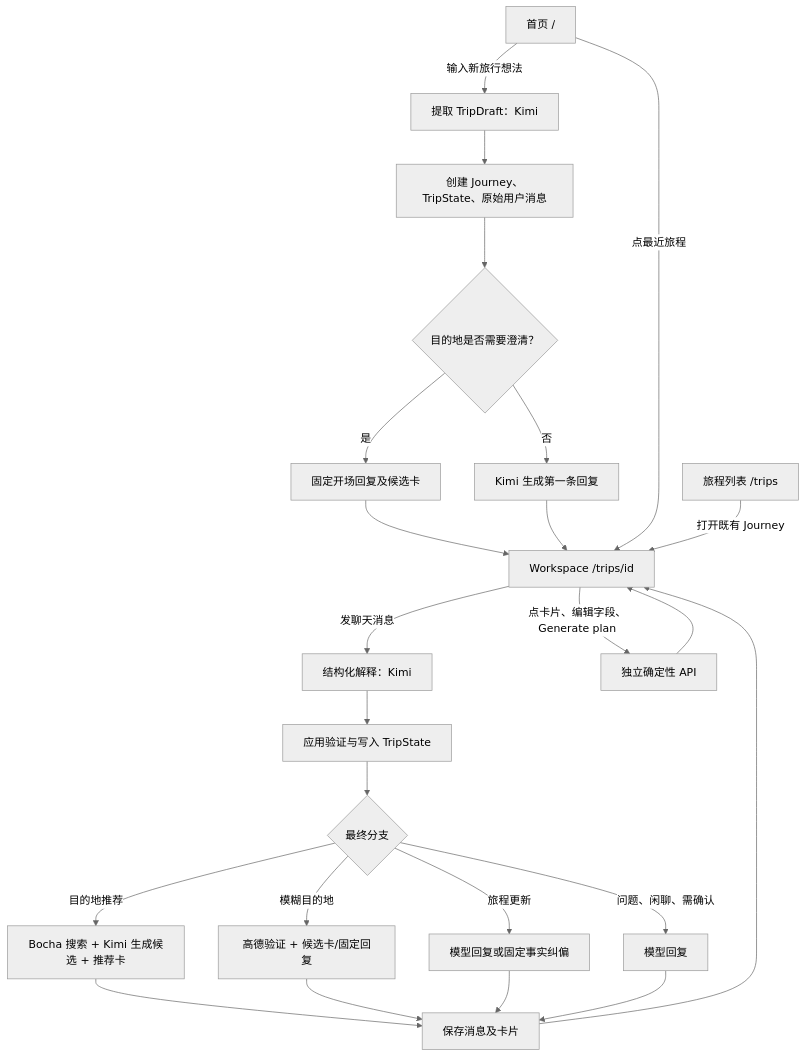
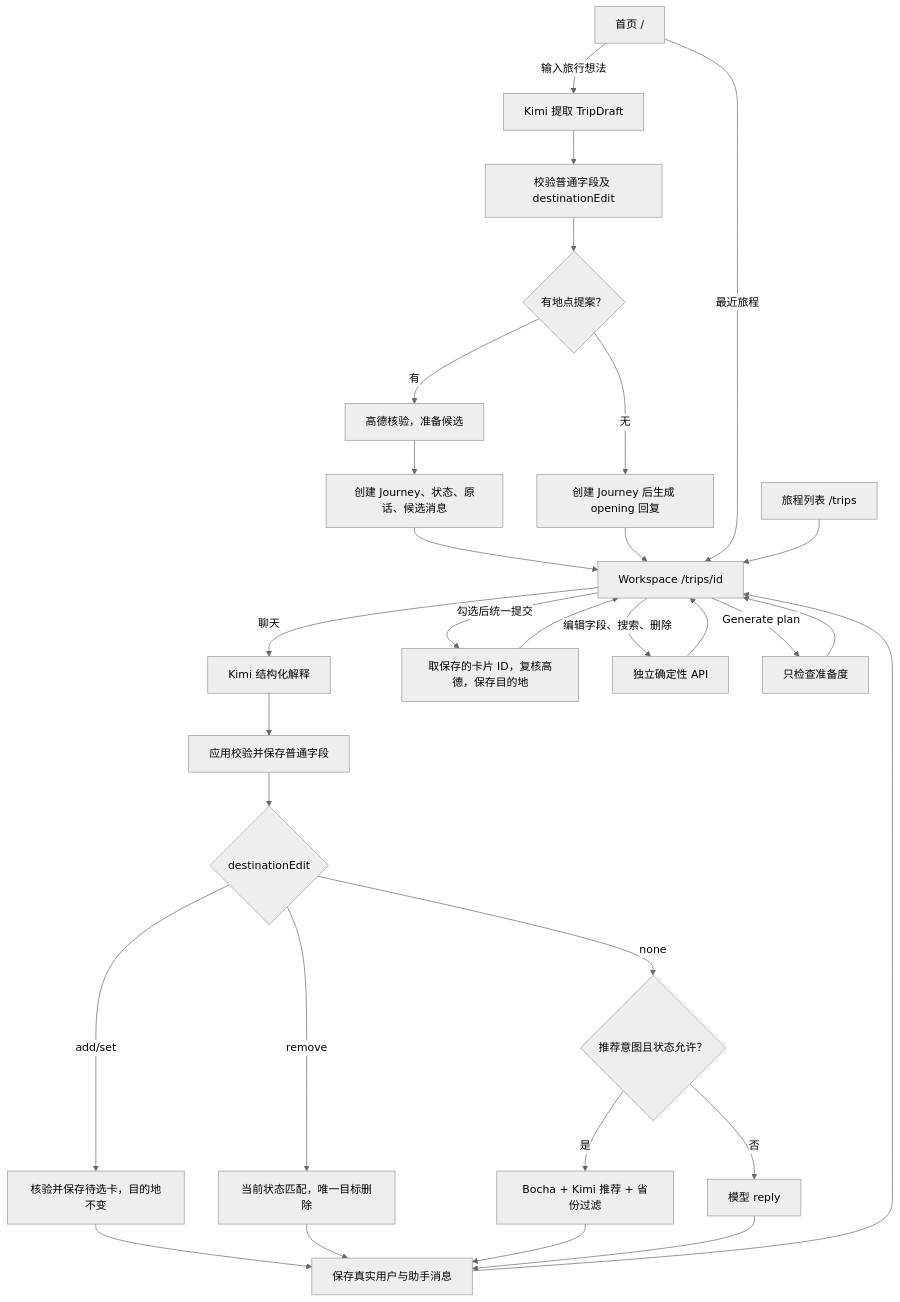
The first of 3 diagrams in docs/USER_FLOW_CURRENT.md (meiyulin22/Meri-Road-Trip), drawn with Mermaid (neutral theme) before and after one commit. The commit also changed other lines of this file and 96 other files, not shown here.

Commit message:
refactor(destination): unify selection flow and province-city-spot state 1.009

````diff
--- a/docs/USER_FLOW_CURRENT.md
+++ b/docs/USER_FLOW_CURRENT.md
@@ -7,26 +7,32 @@
 ```mermaid
 flowchart TD
-  A[首页 /] -->|输入新旅行想法| B[提取 TripDraft：Kimi]
-  B --> C[创建 Journey、TripState、原始用户消息]
-  C --> D{目的地是否需要澄清？}
-  D -->|是| E[固定开场回复及候选卡]
-  D -->|否| F[Kimi 生成第一条回复]
-  E --> W[Workspace /trips/id]
+  A[首页 /] -->|输入旅行想法| B[Kimi 提取 TripDraft]
+  B --> C[校验普通字段及 destinationEdit]
+  C --> D{有地点提案？}
+  D -->|有| E[高德核验，准备候选]
+  E --> G[创建 Journey、状态、原话、候选消息]
+  D -->|无| F[创建 Journey 后生成 opening 回复]
+  G --> W[Workspace /trips/id]
   F --> W
-  A -->|点最近旅程| W
-  L[旅程列表 /trips] -->|打开既有 Journey| W
-  W -->|发聊天消息| G[结构化解释：Kimi]
-  G --> H[应用验证与写入 TripState]
-  H --> I{最终分支}
-  I -->|目的地推荐| J[Bocha 搜索 + Kimi 生成候选 + 推荐卡]
-  I -->|模糊目的地| K[高德验证 + 候选卡/固定回复]
-  I -->|旅程更新| M[模型回复或固定事实纠偏]
-  I -->|问题、闲聊、需确认| N[模型回复]
-  J --> P[保存消息及卡片]
-  K --> P
-  M --> P
-  N --> P
-  P --> W
-  W -->|点卡片、编辑字段、Generate plan| Q[独立确定性 API]
+  A -->|最近旅程| W
+  L[旅程列表 /trips] --> W
+  W -->|聊天| I[Kimi 结构化解释]
+  I --> J[应用校验并保存普通字段]
+  J --> K{destinationEdit}
+  K -->|add/set| P[核验并保存待选卡，目的地不变]
+  K -->|remove| R[当前状态匹配，唯一目标删除]
+  K -->|none| N{推荐意图且状态允许？}
+  N -->|是| S[Bocha + Kimi 推荐 + 省份过滤]
+  N -->|否| T[模型 reply]
+  P --> M[保存真实用户与助手消息]
+  R --> M
+  S --> M
+  T --> M
+  M --> W
+  W -->|勾选后统一提交| V[取保存的卡片 ID，复核高德，保存目的地]
+  W -->|编辑字段、搜索、删除| Q[独立确定性 API]
+  W -->|Generate plan| H[只检查准备度]
+  V --> W
   Q --> W
+  H --> W
 ```
````
